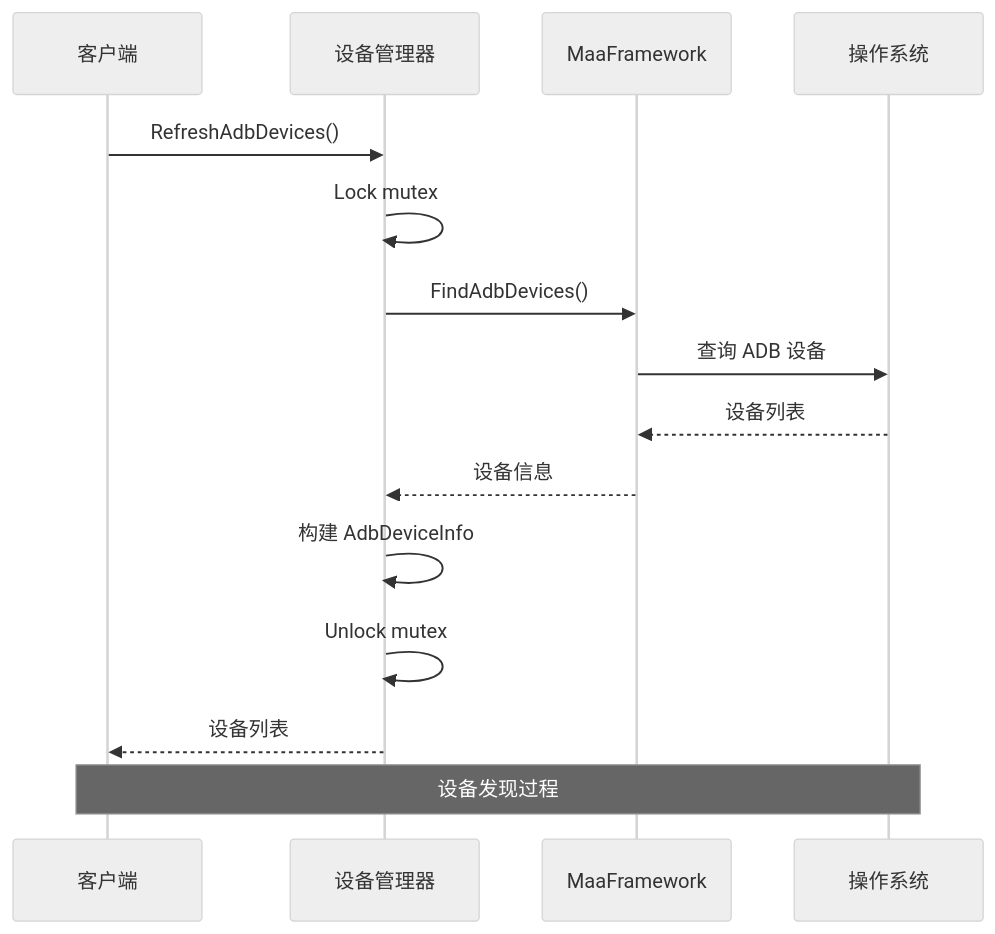
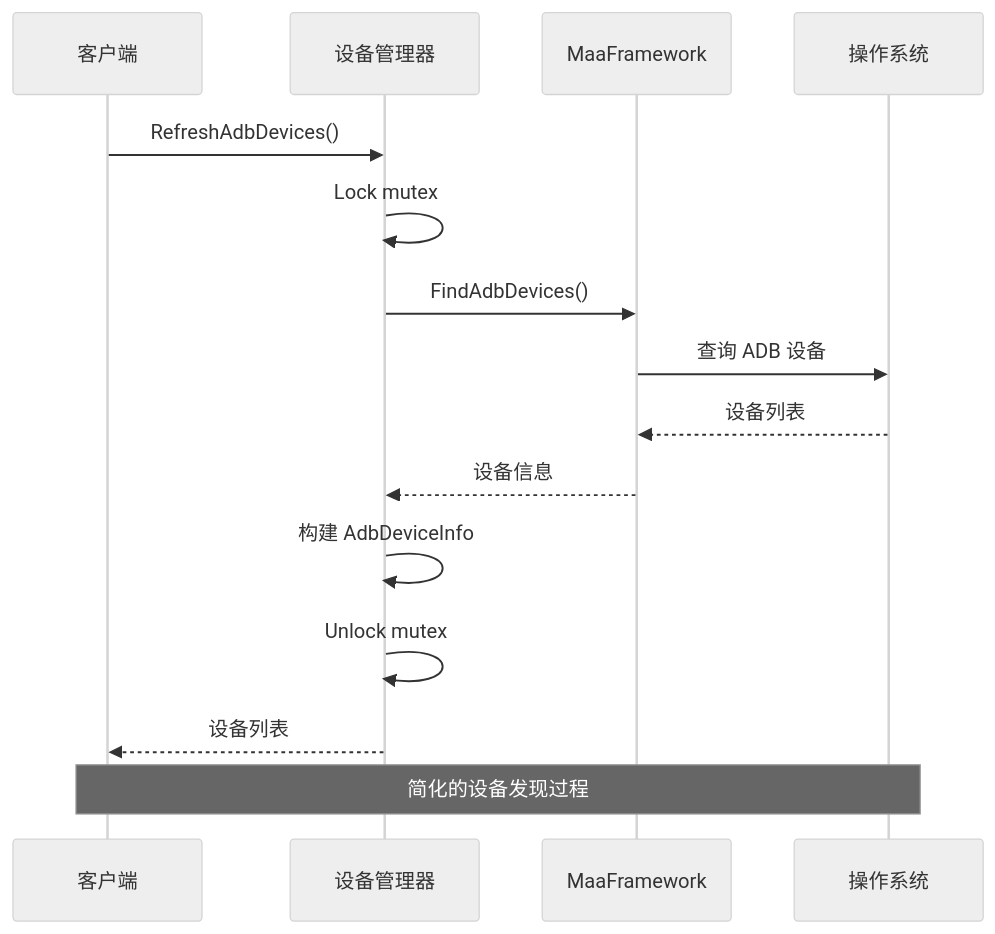
The fourth of 10 diagrams in .qoder/repowiki/zh/content/Device Manager.md (kqcoxn/MaaPipelineEditor), drawn with Mermaid (neutral theme) before and after one commit. The commit also changed other lines of this file and 31 other files, not shown here.

````diff
--- a/.qoder/repowiki/zh/content/Device Manager.md
+++ b/.qoder/repowiki/zh/content/Device Manager.md
@@ -235,17 +251,17 @@
 ```mermaid
 sequenceDiagram
 participant Client as 客户端
 participant DM as 设备管理器
 participant MFW as MaaFramework
 participant OS as 操作系统
 Client->>DM : RefreshAdbDevices()
 DM->>DM : Lock mutex
 DM->>MFW : FindAdbDevices()
 MFW->>OS : 查询 ADB 设备
 OS-->>MFW : 设备列表
 MFW-->>DM : 设备信息
 DM->>DM : 构建 AdbDeviceInfo
 DM->>DM : Unlock mutex
 DM-->>Client : 设备列表
-Note over Client,OS : 设备发现过程
+Note over Client,OS : 简化的设备发现过程
 ```
````
